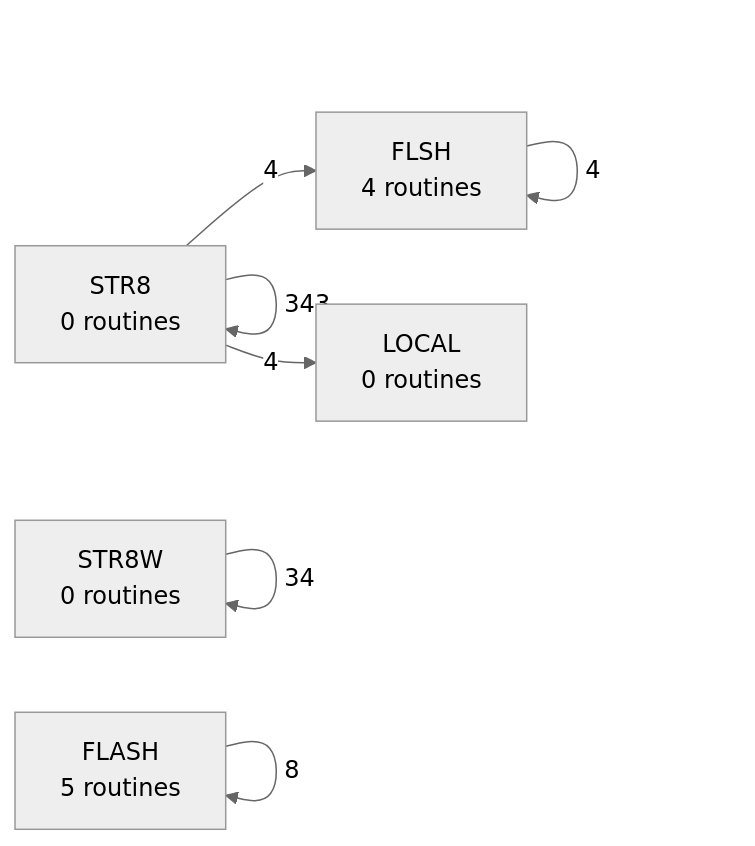
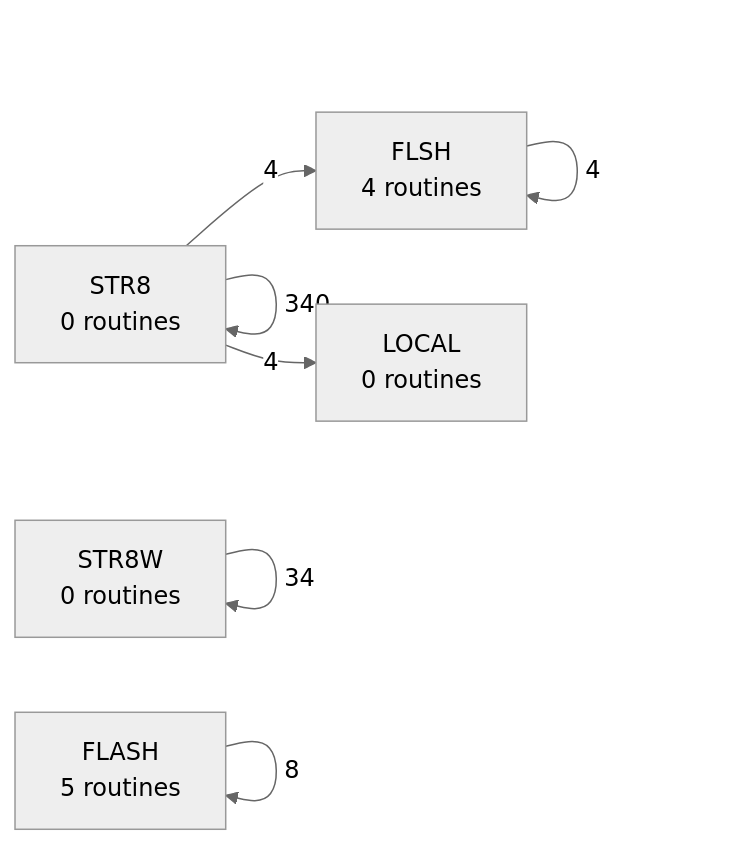
Before and after one commit to 95westus/R-YORS: the fifth of 6 diagrams in DOC/GENERATED/ROUTINE_PREFIX_MAP.md, drawn with Mermaid (neutral theme). The commit also changed other lines of this file and 19 other files, not shown here.

````diff
--- a/DOC/GENERATED/ROUTINE_PREFIX_MAP.md
+++ b/DOC/GENERATED/ROUTINE_PREFIX_MAP.md
@@ -79,9 +79,9 @@
 ```mermaid
 flowchart LR
-    P_STR8["STR8<br/>0 routines"] -->|343| P_STR8["STR8<br/>0 routines"]
+    P_STR8["STR8<br/>0 routines"] -->|340| P_STR8["STR8<br/>0 routines"]
     P_STR8W["STR8W<br/>0 routines"] -->|34| P_STR8W["STR8W<br/>0 routines"]
     P_FLASH["FLASH<br/>5 routines"] -->|8| P_FLASH["FLASH<br/>5 routines"]
     P_FLSH["FLSH<br/>4 routines"] -->|4| P_FLSH["FLSH<br/>4 routines"]
     P_STR8["STR8<br/>0 routines"] -->|4| P_FLSH["FLSH<br/>4 routines"]
     P_STR8["STR8<br/>0 routines"] -->|4| P_LOCAL["LOCAL<br/>0 routines"]
 ```
````
